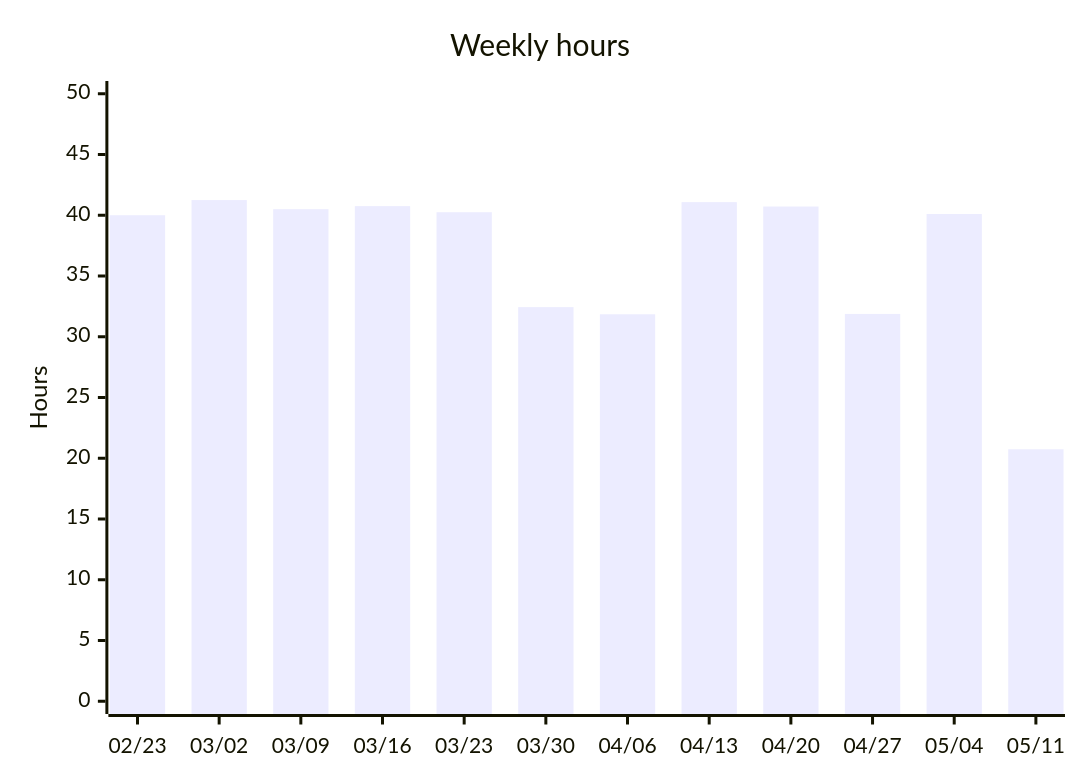
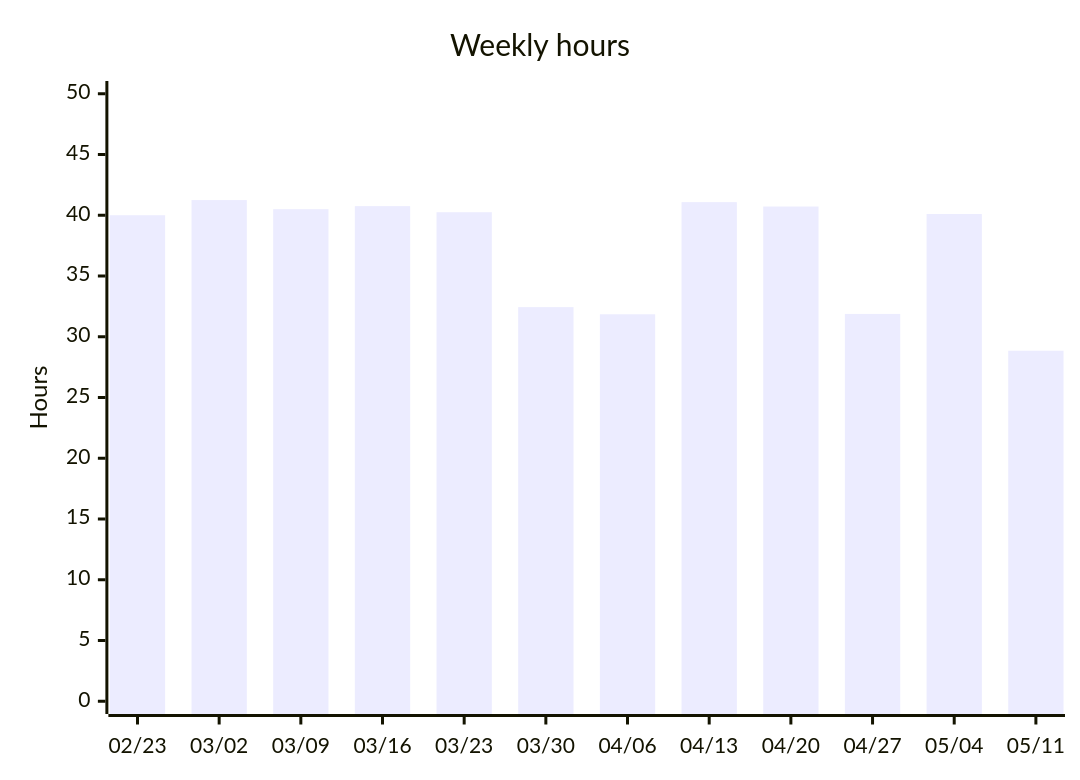
Before and after one commit to albinforsberg-netizen/timeclock: the third of 5 diagrams in README.org, drawn with Mermaid. The commit also changed other lines of this file, not shown here.

```diff
--- a/README.org
+++ b/README.org
@@ -99,7 +99,7 @@
 #+begin_src mermaid
 xychart-beta
     title "Weekly hours"
     x-axis ["02/23", "03/02", "03/09", "03/16", "03/23", "03/30", "04/06", "04/13", "04/20", "04/27", "05/04", "05/11"]
     y-axis "Hours" 0 --> 50
-    bar [40.00, 41.25, 40.50, 40.75, 40.25, 32.44, 31.85, 41.08, 40.72, 31.88, 40.10, 20.74]
+    bar [40.00, 41.25, 40.50, 40.75, 40.25, 32.44, 31.85, 41.08, 40.72, 31.88, 40.10, 28.85]
 #+end_src
```
